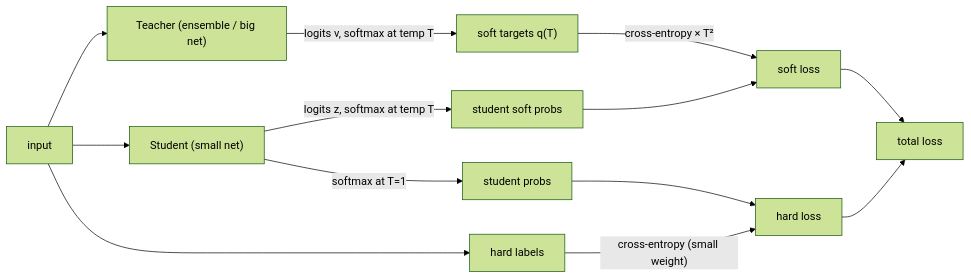
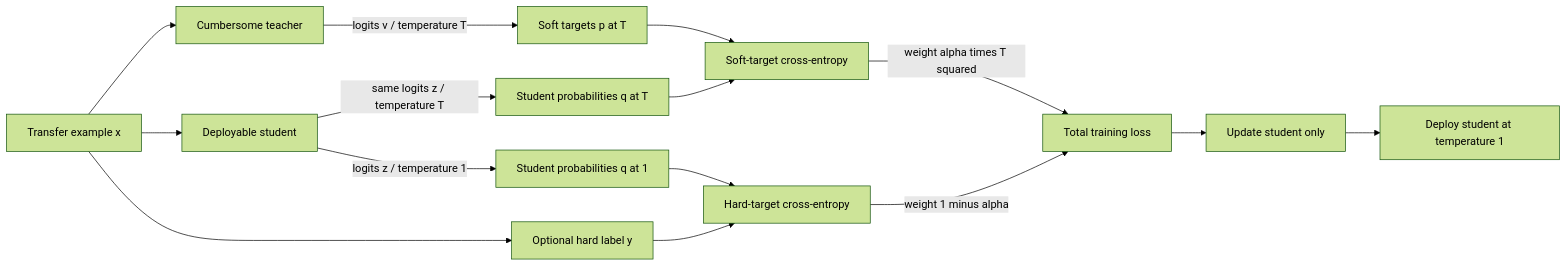
The diagram in docs/papers/distill_2015_hinton-kd.md (greenlet/mllm), drawn with Mermaid (forest theme) before and after one commit. The commit also changed other lines of this file and 5 other files, not shown here.

````diff
--- a/docs/papers/distill_2015_hinton-kd.md
+++ b/docs/papers/distill_2015_hinton-kd.md
@@ -46,15 +78,17 @@
 ```mermaid
 flowchart LR
-  X["input"] --> T["Teacher (ensemble / big net)"]
-  X --> S["Student (small net)"]
-  T -->|"logits v, softmax at temp T"| ST["soft targets q(T)"]
-  S -->|"logits z, softmax at temp T"| SP["student soft probs"]
-  ST -->|"cross-entropy × T²"| L1["soft loss"]
-  SP --> L1
-  X --> Y["hard labels"]
-  S -->|"softmax at T=1"| HP["student probs"]
-  Y -->|"cross-entropy (small weight)"| L2["hard loss"]
-  HP --> L2
-  L1 --> LT["total loss"]
-  L2 --> LT
+    X[Transfer example x] --> Teacher[Cumbersome teacher]
+    X --> Student[Deployable student]
+    Teacher -->|logits v / temperature T| P[Soft targets p at T]
+    Student -->|same logits z / temperature T| Q[Student probabilities q at T]
+    P --> Soft[Soft-target cross-entropy]
+    Q --> Soft
+    Soft -->|weight alpha times T squared| Total[Total training loss]
+    X --> Label[Optional hard label y]
+    Student -->|logits z / temperature 1| Q1[Student probabilities q at 1]
+    Label --> Hard[Hard-target cross-entropy]
+    Q1 --> Hard
+    Hard -->|weight 1 minus alpha| Total
+    Total --> Update[Update student only]
+    Update --> Deploy[Deploy student at temperature 1]
 ```
````
